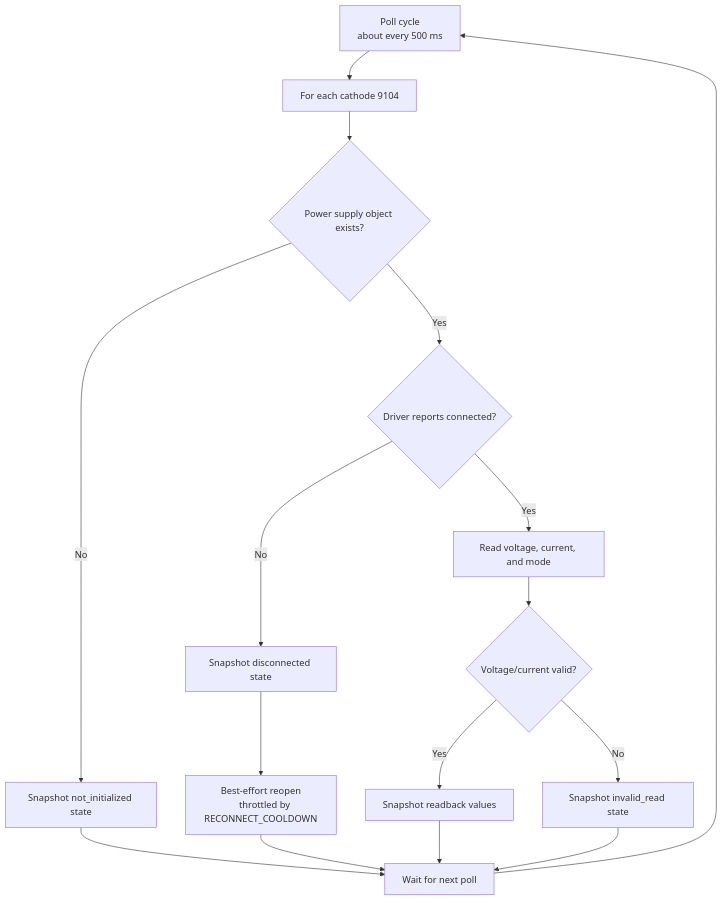
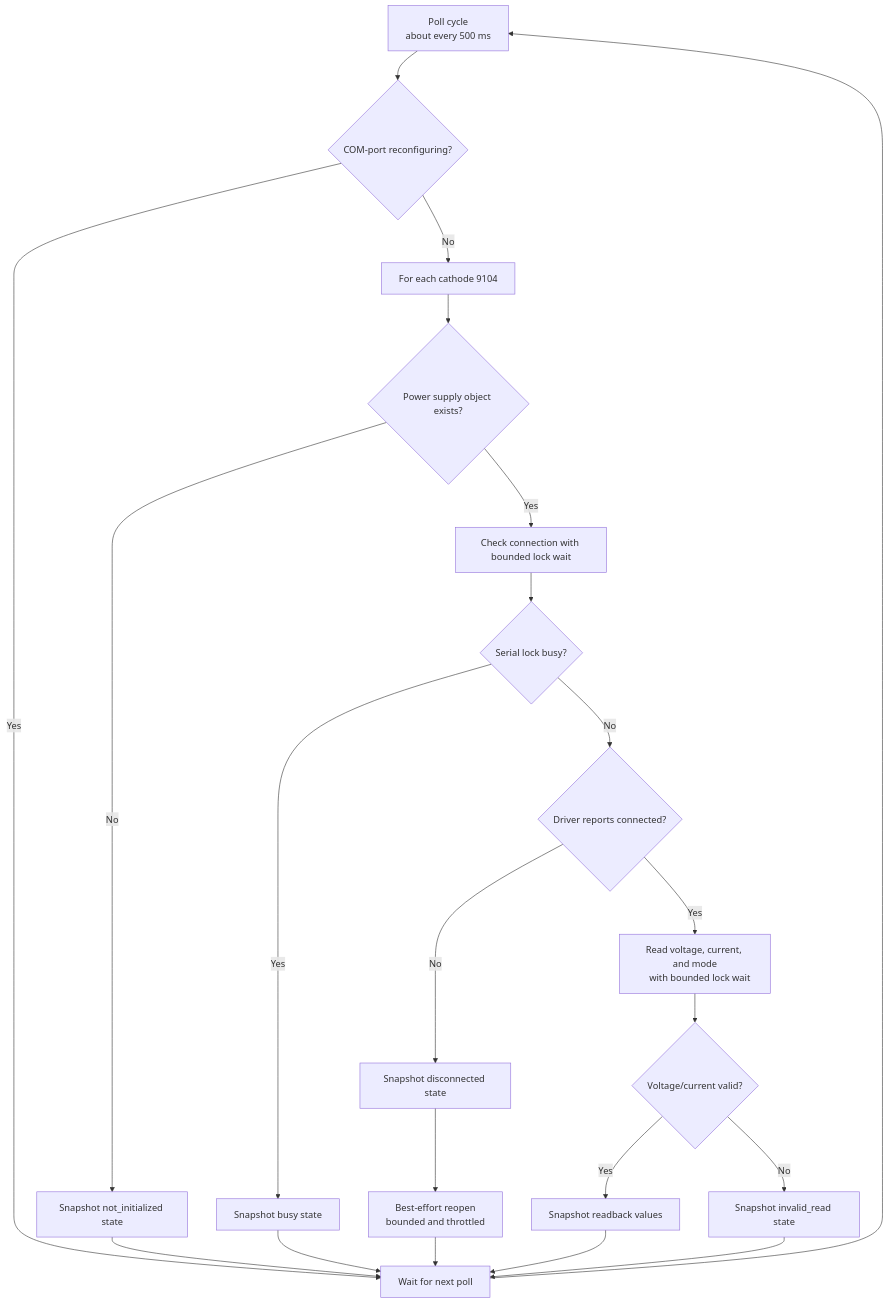
Before and after one commit to uw-loci/EBEAM_dashboard: the third of 6 diagrams in subsystem/cathode_heating/README.md, drawn with Mermaid. The commit also changed other lines of this file and 2 other files, not shown here.

Commit message:
- Added lock_timeouts so that old threads won't get stuck on the serial lock - Changed thread COM reconfig handling: During COM reconfig, keep one poller alive, pause it, swap the supply objects.

````diff
--- a/subsystem/cathode_heating/README.md
+++ b/subsystem/cathode_heating/README.md
@@ -410,20 +430,27 @@
 ```mermaid
 flowchart TB
     PollStart["Poll cycle
-    about every 500 ms"] --> PollEach["For each cathode 9104"]
+    about every 500 ms"] --> Reconfiguring{"COM-port reconfiguring?"}
+    Reconfiguring -- Yes --> PollWait["Wait for next poll"]
+    Reconfiguring -- No --> PollEach["For each cathode 9104"]
     PollEach --> HasPS{"Power supply object exists?"}
     HasPS -- No --> SnapshotNotInit["Snapshot not_initialized state"]
-    HasPS -- Yes --> Connected{"Driver reports connected?"}
+    HasPS -- Yes --> CheckConnected["Check connection with bounded lock wait"]
+    CheckConnected --> LockBusy{"Serial lock busy?"}
+    LockBusy -- Yes --> SnapshotBusy["Snapshot busy state"]
+    LockBusy -- No --> Connected{"Driver reports connected?"}
     Connected -- No --> SnapshotDisconnected["Snapshot disconnected state"]
     SnapshotDisconnected --> Reopen["Best-effort reopen
-    throttled by RECONNECT_COOLDOWN"]
-    Connected -- Yes --> Read9104["Read voltage, current, and mode"]
+    bounded and throttled"]
+    Connected -- Yes --> Read9104["Read voltage, current, and mode
+    with bounded lock wait"]
     Read9104 --> ReadValid{"Voltage/current valid?"}
     ReadValid -- Yes --> SnapshotGood["Snapshot readback values"]
     ReadValid -- No --> SnapshotInvalid["Snapshot invalid_read state"]
     SnapshotGood --> PollWait["Wait for next poll"]
     SnapshotInvalid --> PollWait
+    SnapshotBusy --> PollWait
     SnapshotNotInit --> PollWait
     Reopen --> PollWait
     PollWait --> PollStart
 ```
````
